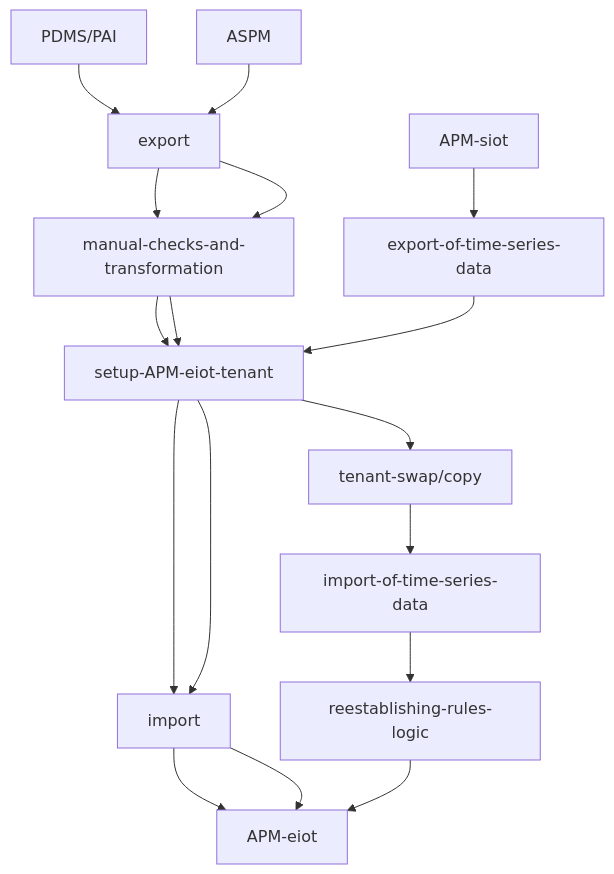
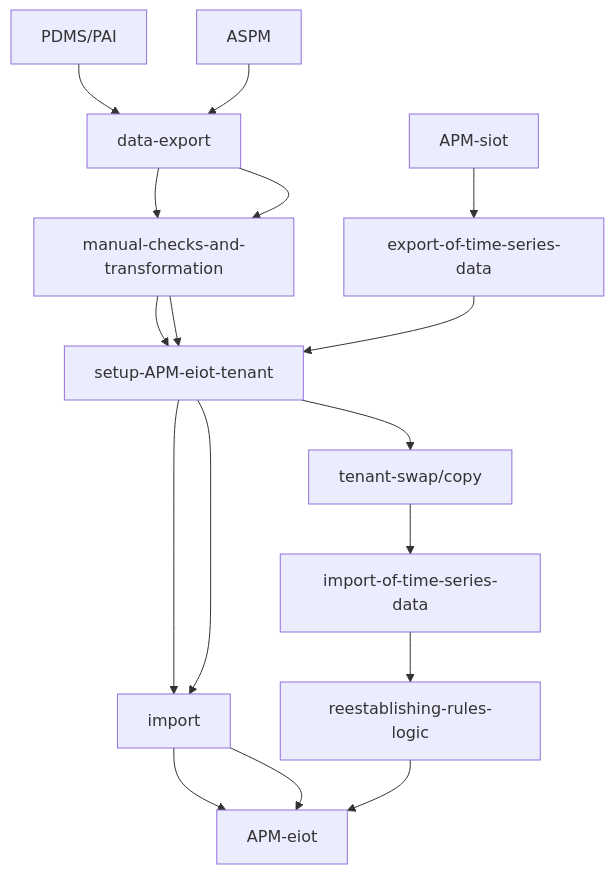
The first of 2 diagrams in apm-migration-guide.md (SAP-samples/apm-migration-tools), drawn with Mermaid before and after one commit. The commit also changed other lines of this file, not shown here.

Commit message:
added commercial graph amd lots of edits

````diff
--- a/apm-migration-guide.md
+++ b/apm-migration-guide.md
@@ -35,6 +40,6 @@
 ```mermaid
-graph TD;
-    PDMS/PAI-->export-->manual-checks-and-transformation-->setup-APM-eiot-tenant-->import-->APM-eiot;
-    ASPM-->export-->manual-checks-and-transformation-->setup-APM-eiot-tenant-->import-->APM-eiot;
+graph TD;  
+    PDMS/PAI-->data-export-->manual-checks-and-transformation-->setup-APM-eiot-tenant-->import-->APM-eiot;
+    ASPM-->data-export-->manual-checks-and-transformation-->setup-APM-eiot-tenant-->import-->APM-eiot;
     APM-siot-->export-of-time-series-data-->setup-APM-eiot-tenant-->tenant-swap/copy-->import-of-time-series-data-->reestablishing-rules-logic-->APM-eiot;
 ```
````
